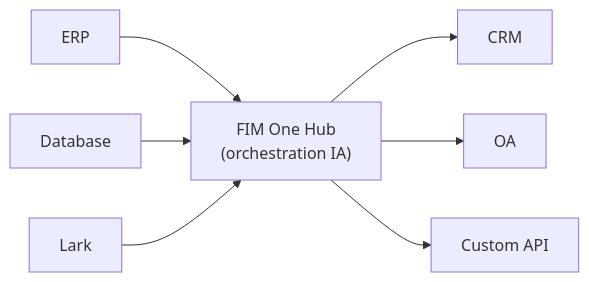
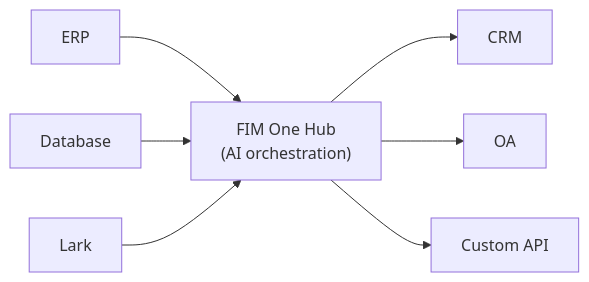
Before and after one commit to fim-ai/fim-agent: the diagram in docs/fr/index.mdx, drawn with Mermaid. The commit also changed other lines of this file and 18 other files, not shown here.

First line of the commit message:
chore(brand): demote "Hub" from brand-voice to architecture-only term

````diff
--- a/docs/fr/index.mdx
+++ b/docs/fr/index.mdx
@@ -40,9 +40,9 @@
 ```mermaid
 flowchart LR
   ERP --> Hub
   Database --> Hub
   Lark --> Hub
   Hub --> CRM
   Hub --> OA
-  Hub["FIM One Hub<br/>(orchestration IA)"] --> CustomAPI["Custom API"]
+  Hub["FIM One Hub<br/>(AI orchestration)"] --> CustomAPI["Custom API"]
 ```
````
